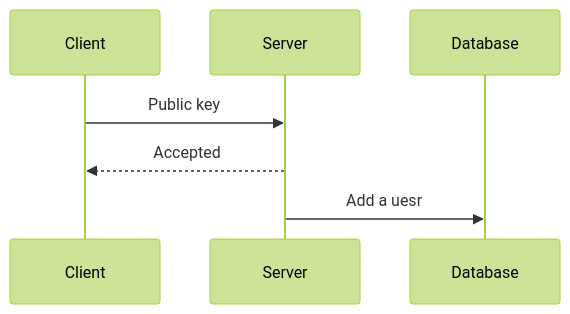
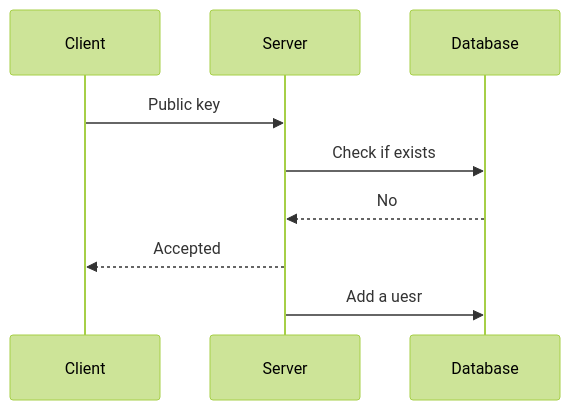
The first of 4 diagrams in README.md (liplum/ChatIsland), drawn with Mermaid (forest theme) before and after one commit. The commit also changed other lines of this file, not shown here.

````diff
--- a/README.md
+++ b/README.md
@@ -14,9 +16,11 @@
 ```mermaid
 sequenceDiagram
     participant Client
     participant Server
     participant Database
     Client->>Server: Public key
+    Server->>Database: Check if exists
+    Database-->>Server: No
     Server-->>Client: Accepted
     Server->>Database: Add a uesr
 ```
````
